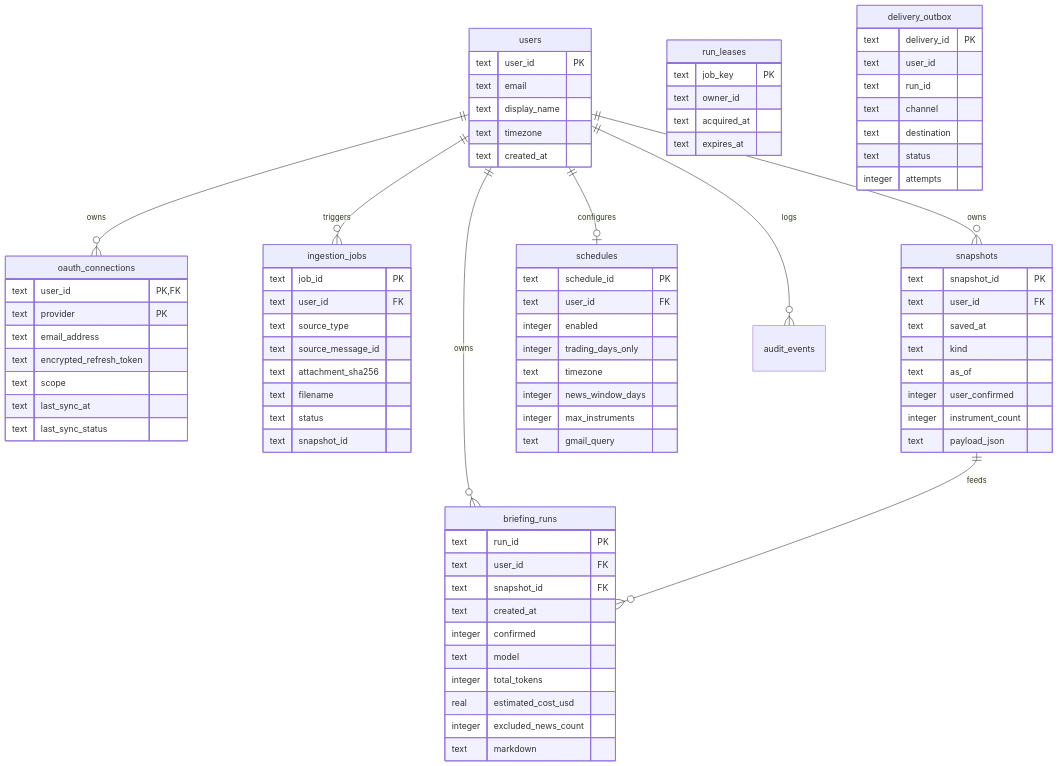
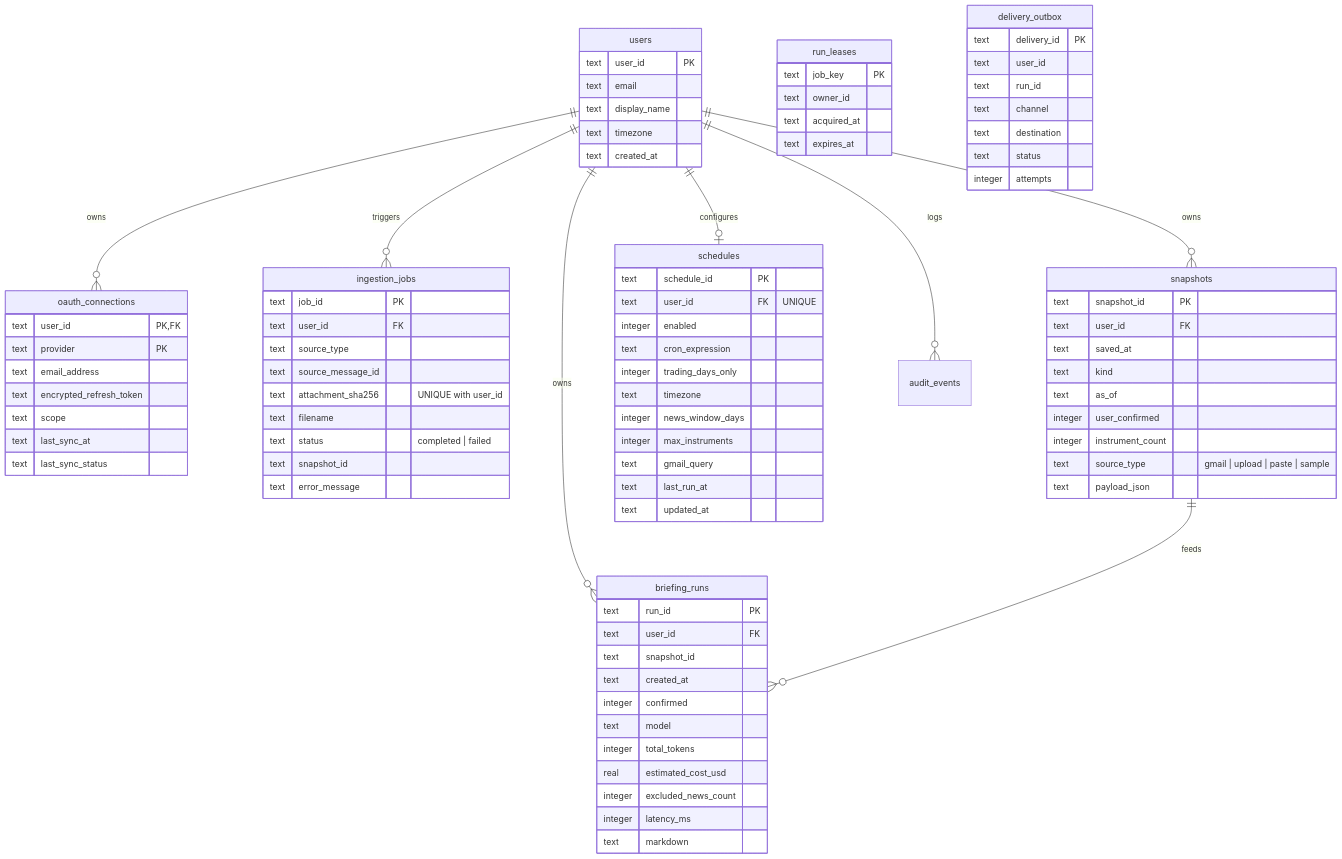
One commit to ruobin/ledgerpulse changed the first of 2 diagrams in docs/low-level-design.md. Above: the diagram before and after it, drawn with Mermaid. The commit also changed other lines of this file and 4 other files, not shown here.

```diff
--- a/docs/low-level-design.md
+++ b/docs/low-level-design.md
@@ -37,10 +37,11 @@
         text user_id FK
         text source_type
         text source_message_id
-        text attachment_sha256
+        text attachment_sha256 "UNIQUE with user_id"
         text filename
-        text status
+        text status "completed | failed"
         text snapshot_id
+        text error_message
     }
     snapshots {
         text snapshot_id PK
@@ -50,29 +51,34 @@
         text as_of
         integer user_confirmed
         integer instrument_count
+        text source_type "gmail | upload | paste | sample"
         text payload_json
     }
     briefing_runs {
         text run_id PK
         text user_id FK
-        text snapshot_id FK
+        text snapshot_id
         text created_at
         integer confirmed
         text model
         integer total_tokens
         real estimated_cost_usd
         integer excluded_news_count
+        integer latency_ms
         text markdown
     }
     schedules {
         text schedule_id PK
-        text user_id FK
+        text user_id FK "UNIQUE"
         integer enabled
+        text cron_expression
         integer trading_days_only
         text timezone
         integer news_window_days
         integer max_instruments
         text gmail_query
+        text last_run_at
+        text updated_at
     }
     run_leases {
         text job_key PK
```
